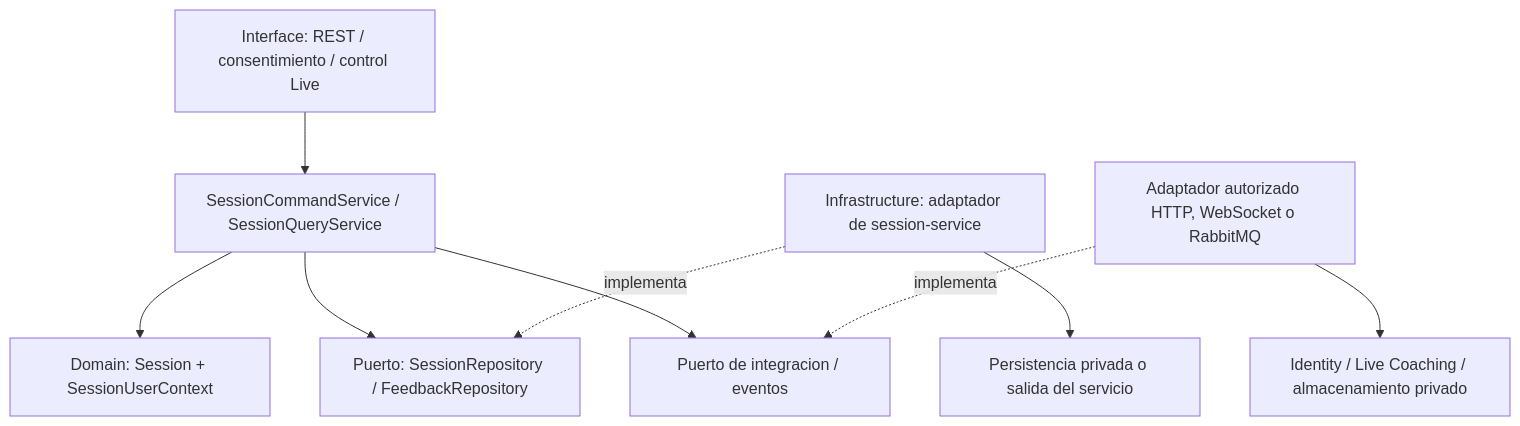
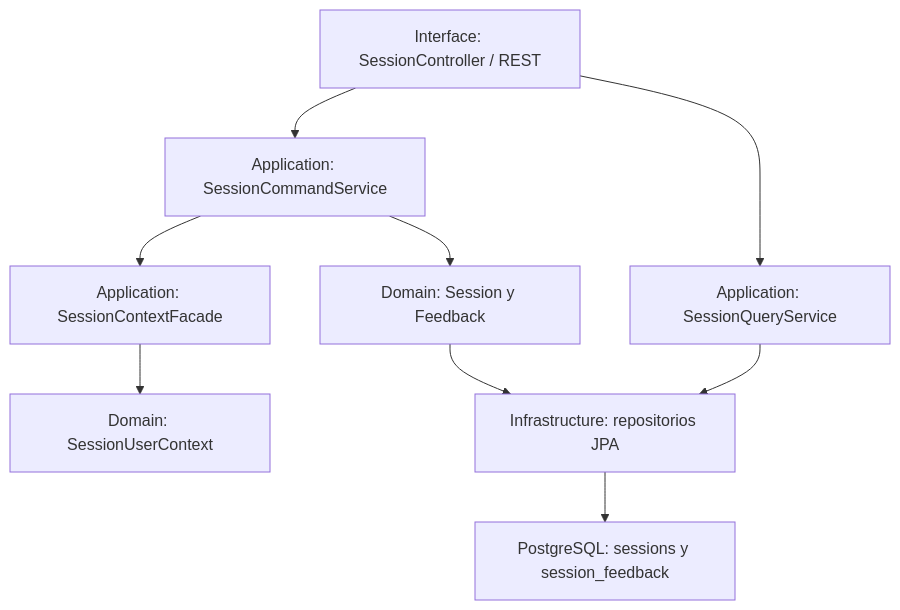
Before and after one commit to upc-pre-202620-si728-16365-thropic/talki-project-report: the diagram in assets/diagrams/tactical/04-practice-sessions-components.mmd, drawn with Mermaid. The commit also changed 20 other files, not shown here.

```diff
--- a/assets/diagrams/tactical/04-practice-sessions-components.mmd
+++ b/assets/diagrams/tactical/04-practice-sessions-components.mmd
@@ -1,9 +1,9 @@
 flowchart TB
-    input["Interface: REST / consentimiento / control Live"] --> app["SessionCommandService / SessionQueryService"]
-    app --> domain["Domain: Session + SessionUserContext"]
-    app --> port["Puerto: SessionRepository / FeedbackRepository"]
-    adapter["Infrastructure: adaptador de session-service"] -. implementa .-> port
-    adapter --> resource["Persistencia privada o salida del servicio"]
-    app --> integration["Puerto de integracion / eventos"]
-    infrastructure["Adaptador autorizado HTTP, WebSocket o RabbitMQ"] -. implementa .-> integration
-    infrastructure --> external["Identity / Live Coaching / almacenamiento privado"]
+  input["Interface: SessionController / REST"] --> commands["Application: SessionCommandService"]
+  input --> queries["Application: SessionQueryService"]
+  commands --> session["Domain: Session y Feedback"]
+  commands --> facade["Application: SessionContextFacade"]
+  facade --> user["Domain: SessionUserContext"]
+  session --> repo["Infrastructure: repositorios JPA"]
+  queries --> repo
+  repo --> db["PostgreSQL: sessions y session_feedback"]
```
